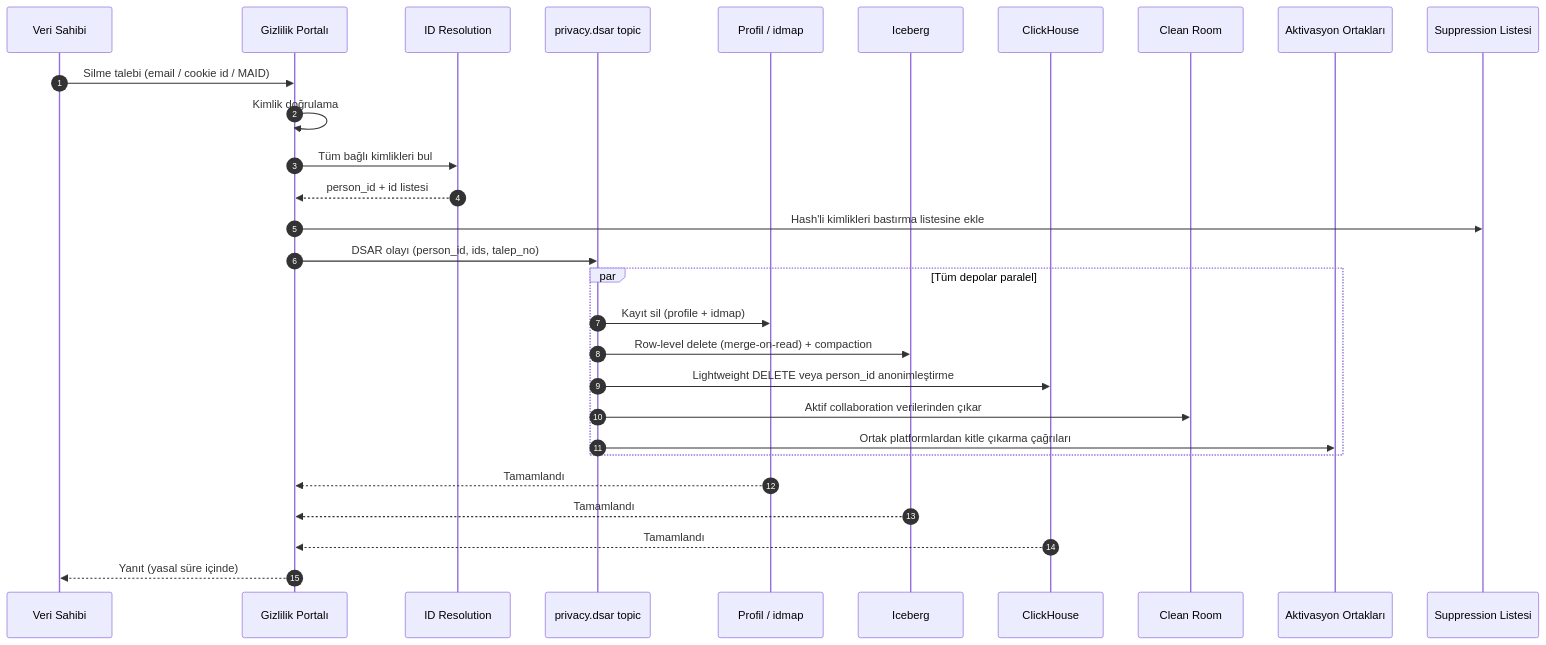
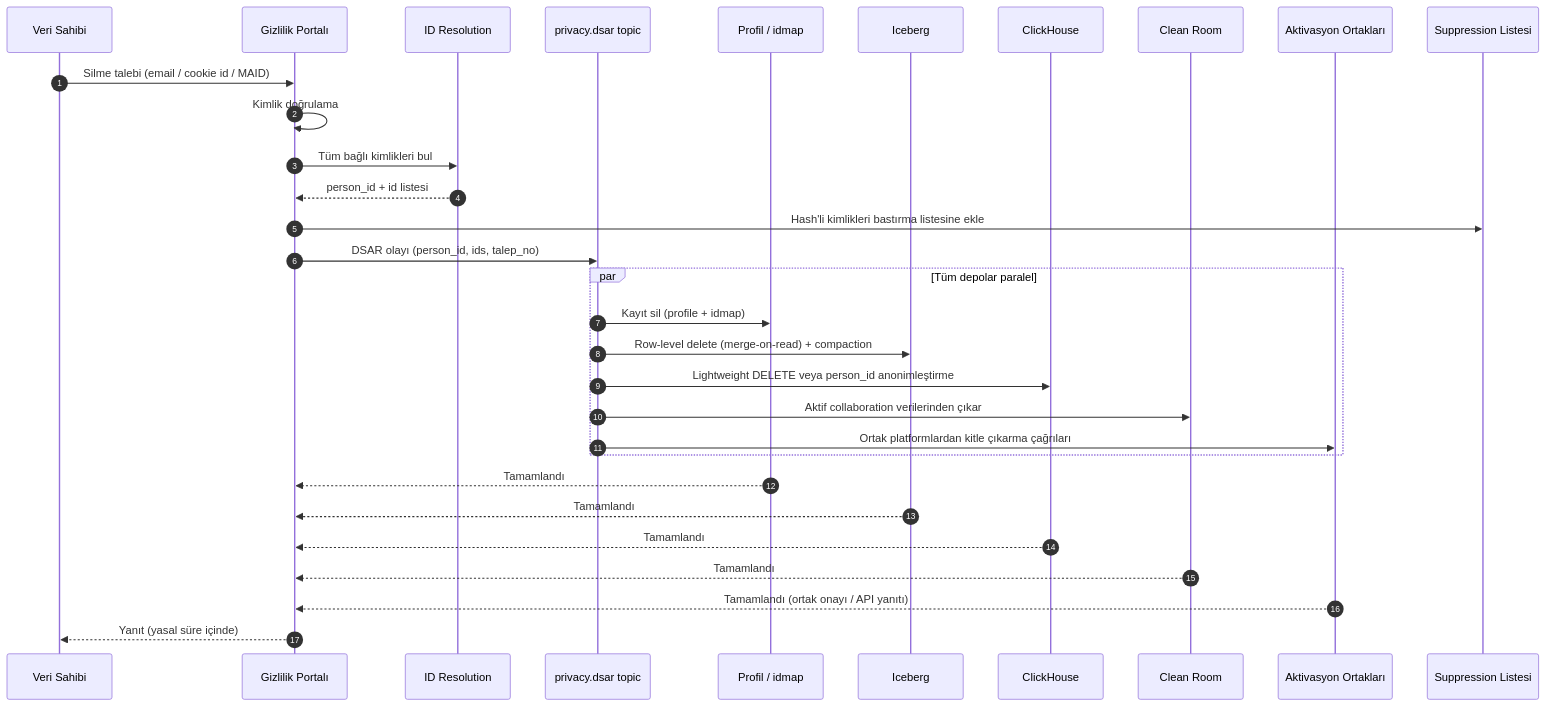
Before and after one commit to ugrs2/ugrs2: the second of 2 diagrams in docs/adtech-platform/07-gizlilik-ve-uyum.md, drawn with Mermaid. The commit also changed 9 other files, not shown here.

````diff
--- a/docs/adtech-platform/07-gizlilik-ve-uyum.md
+++ b/docs/adtech-platform/07-gizlilik-ve-uyum.md
@@ -47,32 +47,34 @@
 ```mermaid
 sequenceDiagram
     autonumber
     participant U as Veri Sahibi
     participant P as Gizlilik Portalı
     participant ID as ID Resolution
     participant K as privacy.dsar topic
     participant AE as Profil / idmap
     participant ICE as Iceberg
     participant CH as ClickHouse
     participant DCR as Clean Room
     participant EXT as Aktivasyon Ortakları
     participant SUP as Suppression Listesi
 
     U->>P: Silme talebi (email / cookie id / MAID)
     P->>P: Kimlik doğrulama
     P->>ID: Tüm bağlı kimlikleri bul
     ID-->>P: person_id + id listesi
     P->>SUP: Hash'li kimlikleri bastırma listesine ekle
     P->>K: DSAR olayı (person_id, ids, talep_no)
     par Tüm depolar paralel
         K->>AE: Kayıt sil (profile + idmap)
         K->>ICE: Row-level delete (merge-on-read) + compaction
         K->>CH: Lightweight DELETE veya person_id anonimleştirme
         K->>DCR: Aktif collaboration verilerinden çıkar
         K->>EXT: Ortak platformlardan kitle çıkarma çağrıları
     end
     AE-->>P: Tamamlandı
     ICE-->>P: Tamamlandı
     CH-->>P: Tamamlandı
+    DCR-->>P: Tamamlandı
+    EXT-->>P: Tamamlandı (ortak onayı / API yanıtı)
     P-->>U: Yanıt (yasal süre içinde)
 ```
````
